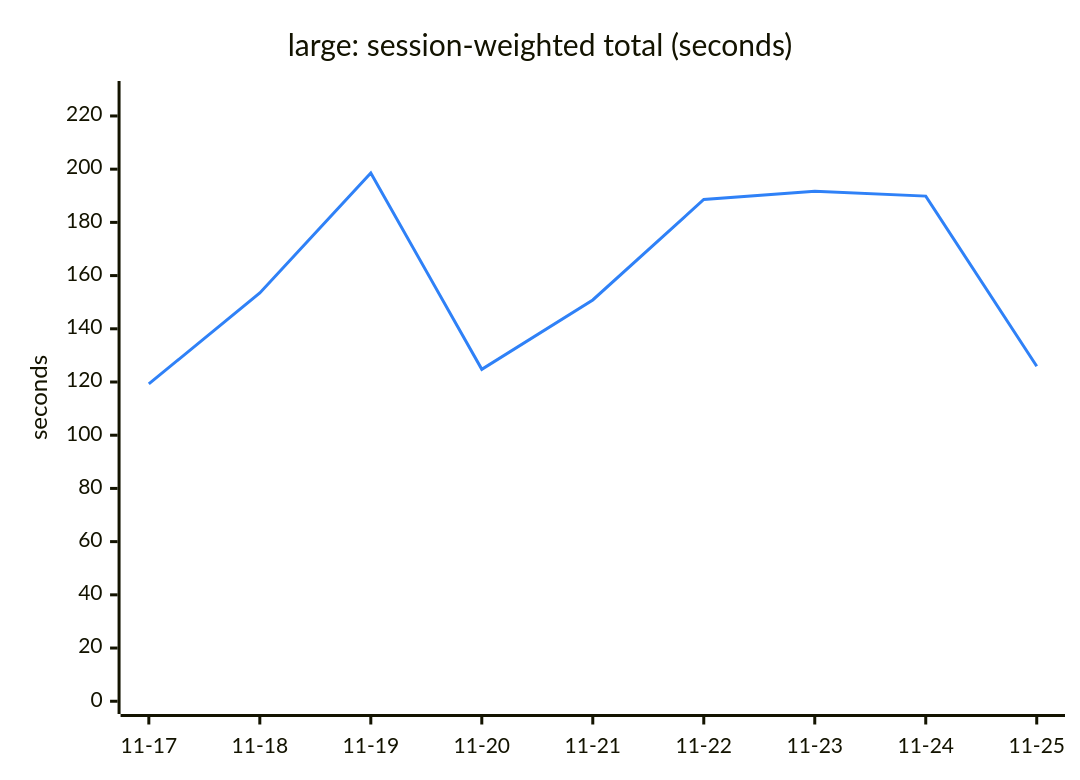
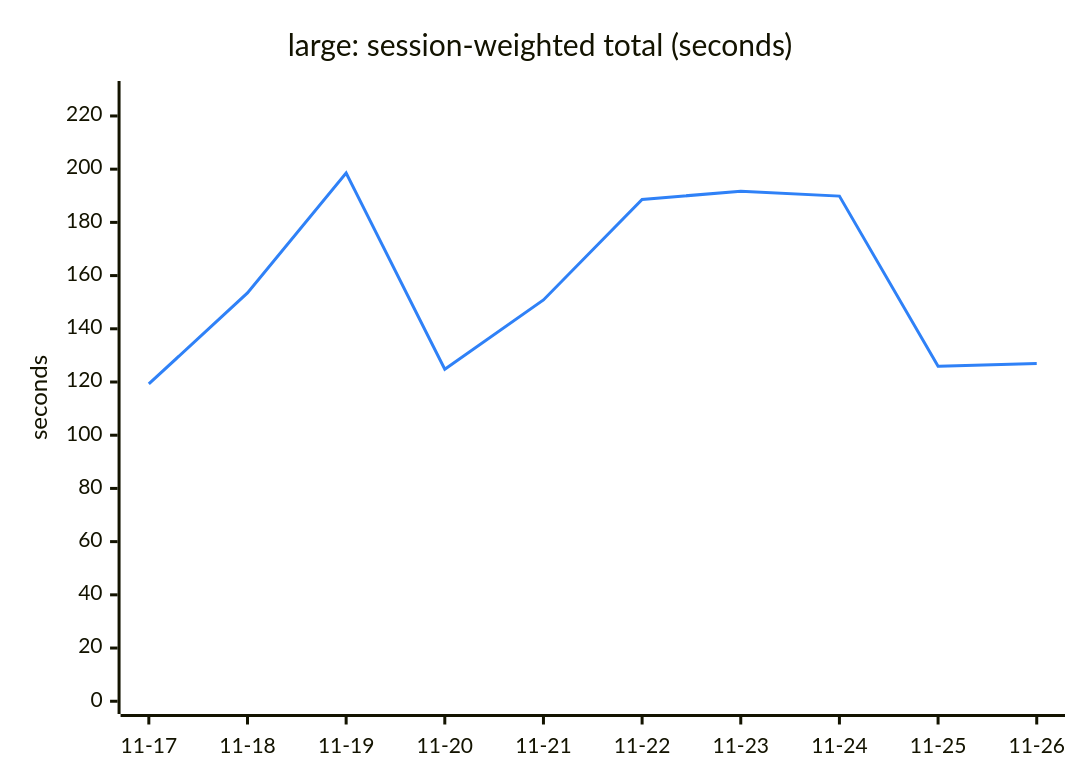
Before and after one commit to Ricovl/mxcli: the second of 6 diagrams in TREND.md, drawn with Mermaid. The commit also changed other lines of this file and 2 other files, not shown here.

````diff
--- a/TREND.md
+++ b/TREND.md
@@ -48,13 +48,13 @@
 ```mermaid
 ---
 config:
   themeVariables:
     xyChart:
       plotColorPalette: "#2f81f7"
 ---
 xychart-beta
     title "large: session-weighted total (seconds)"
-    x-axis ["11-17", "11-18", "11-19", "11-20", "11-21", "11-22", "11-23", "11-24", "11-25"]
+    x-axis ["11-17", "11-18", "11-19", "11-20", "11-21", "11-22", "11-23", "11-24", "11-25", "11-26"]
     y-axis "seconds" 0 --> 228.35
-    line [119.28, 153.48, 198.56, 124.78, 150.84, 188.60, 191.73, 189.88, 125.93]
+    line [119.28, 153.48, 198.56, 124.78, 150.84, 188.60, 191.73, 189.88, 125.93, 126.91]
 ```
````
